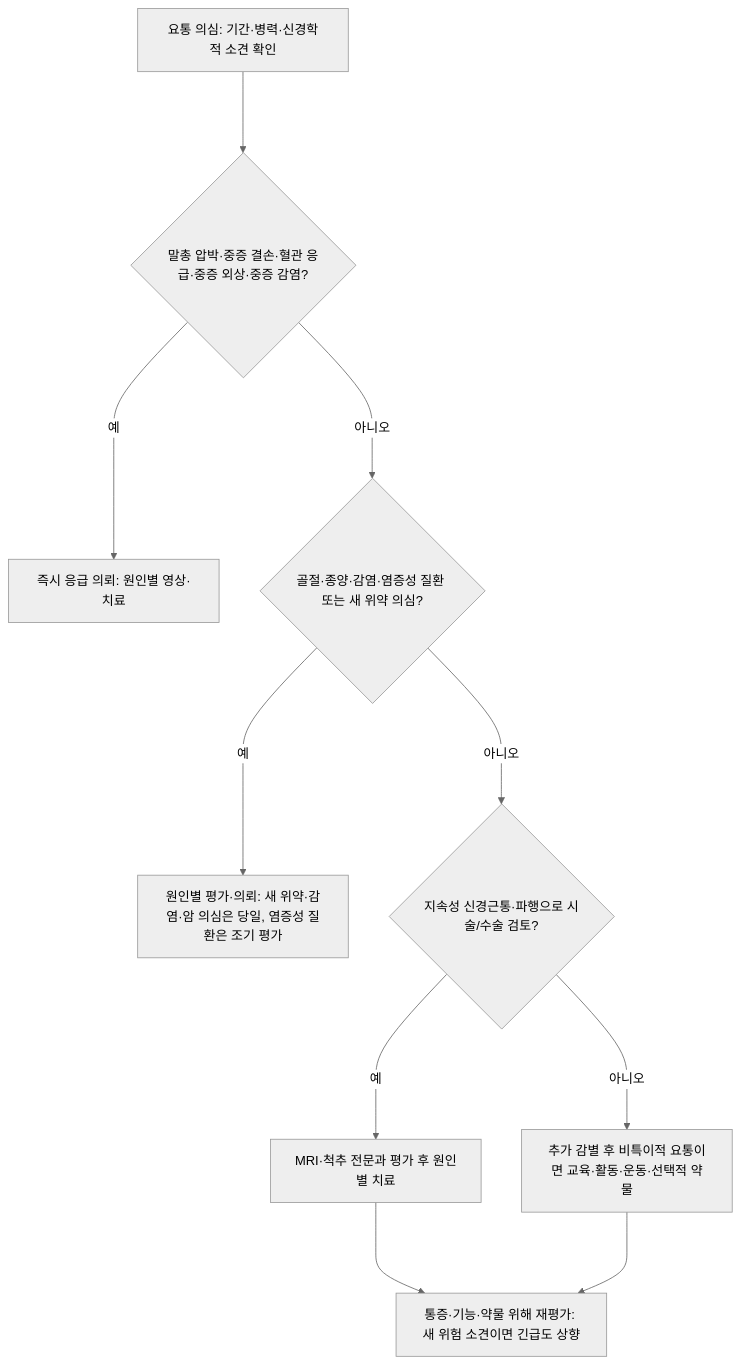
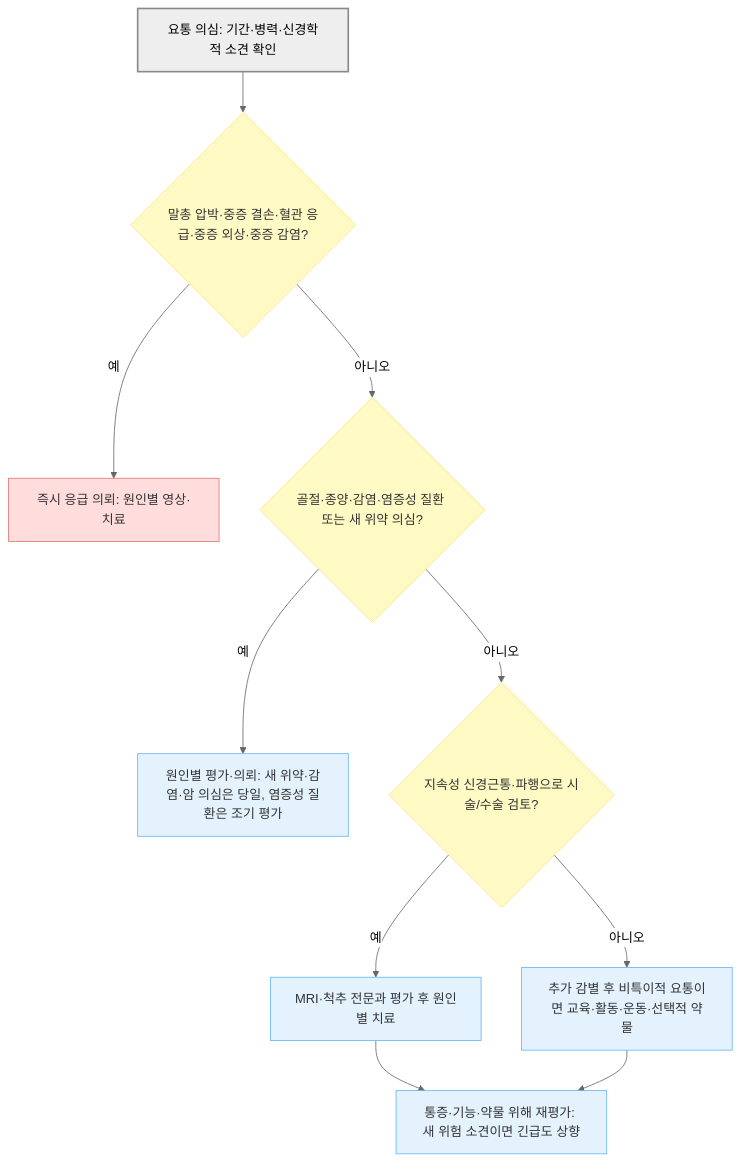
The diagram in 228_/137_-lower-back-pain.md (familyoh77/familyoh77), drawn with Mermaid (neutral theme) before and after one commit. The commit also changed other lines of this file and 4 other files, not shown here.

````diff
--- a/228_/137_-lower-back-pain.md
+++ b/228_/137_-lower-back-pain.md
@@ -191,12 +191,19 @@
 ```mermaid
 flowchart TD
-    A["요통 의심: 기간·병력·신경학적 소견 확인"] ---> B{"말총 압박·중증 결손·혈관 응급·중증 외상·중증 감염?"}
-    B --->|예| C["즉시 응급 의뢰: 원인별 영상·치료"]
-    B --->|아니오| D{"골절·종양·감염·염증성 질환 또는 새 위약 의심?"}
-    D --->|예| E["원인별 평가·의뢰: 새 위약·감염·암 의심은 당일, 염증성 질환은 조기 평가"]
-    D --->|아니오| F{"지속성 신경근통·파행으로 시술/수술 검토?"}
-    F --->|예| G["MRI·척추 전문과 평가 후 원인별 치료"]
-    F --->|아니오| H["추가 감별 후 비특이적 요통이면 교육·활동·운동·선택적 약물"]
-    G ---> I
-    H ---> I["통증·기능·약물 위해 재평가: 새 위험 소견이면 긴급도 상향"]
+    A["요통 의심: 기간·병력·신경학적 소견 확인"] --> B{"말총 압박·중증 결손·혈관 응급·중증 외상·중증 감염?"}
+    B -- "예" --> C["즉시 응급 의뢰: 원인별 영상·치료"]
+    B -- "아니오" --> D{"골절·종양·감염·염증성 질환 또는 새 위약 의심?"}
+    D -- "예" --> E["원인별 평가·의뢰: 새 위약·감염·암 의심은 당일, 염증성 질환은 조기 평가"]
+    D -- "아니오" --> F{"지속성 신경근통·파행으로 시술/수술 검토?"}
+    F -- "예" --> G["MRI·척추 전문과 평가 후 원인별 치료"]
+    F -- "아니오" --> H["추가 감별 후 비특이적 요통이면 교육·활동·운동·선택적 약물"]
+    G --> I
+    H --> I["통증·기능·약물 위해 재평가: 새 위험 소견이면 긴급도 상향"]
+    classDef question fill:#fff9c4,stroke:#ffe082,color:#333333;
+    classDef danger fill:#ffdddd,stroke:#e57373,color:#333333;
+    classDef treatment fill:#e3f2fd,stroke:#64b5f6,color:#333333;
+    class B,D,F question;
+    class C danger;
+    class E,G,H,I treatment;
+    style A fill:#eeeeee,stroke:#888888,stroke-width:2px;
 ```
````
